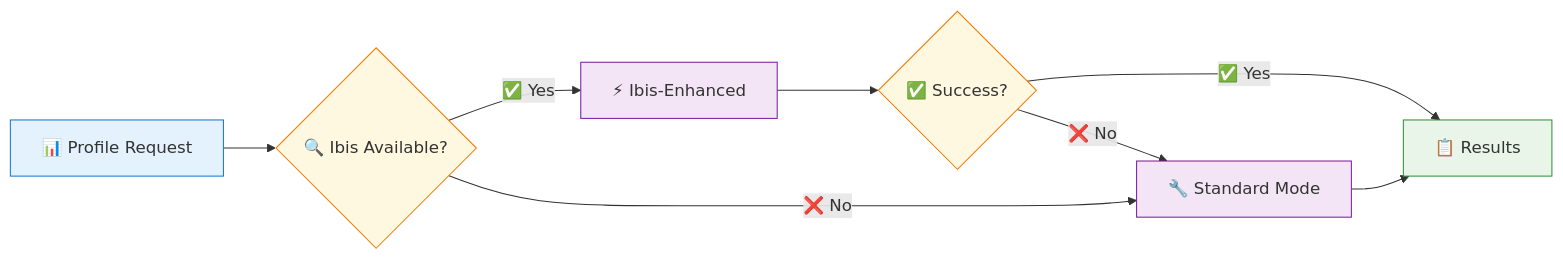
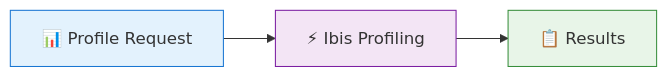
Before and after one commit to project-ryoma/ryoma: the diagram in docs/source/architecture/database-profiling.md, drawn with Mermaid. The commit also changed other lines of this file and 2 other files, not shown here.

````diff
--- a/docs/source/architecture/database-profiling.md
+++ b/docs/source/architecture/database-profiling.md
@@ -37,20 +37,13 @@
 ```mermaid
 graph LR
-    A[📊 Profile Request] --> B{🔍 Ibis Available?}
-    B -->|✅ Yes| C[⚡ Ibis-Enhanced]
-    B -->|❌ No| D[🔧 Standard Mode]
-    C --> E{✅ Success?}
-    E -->|✅ Yes| F[📋 Results]
-    E -->|❌ No| D
-    D --> F
+    A[📊 Profile Request] --> B[⚡ Ibis Profiling]
+    B --> C[📋 Results]
 
     classDef request fill:#e3f2fd,stroke:#1976d2
-    classDef decision fill:#fff8e1,stroke:#f57c00
     classDef process fill:#f3e5f5,stroke:#7b1fa2
     classDef result fill:#e8f5e8,stroke:#388e3c
 
     class A request
-    class B,E decision
-    class C,D process
-    class F result
+    class B process
+    class C result
 ```
````
